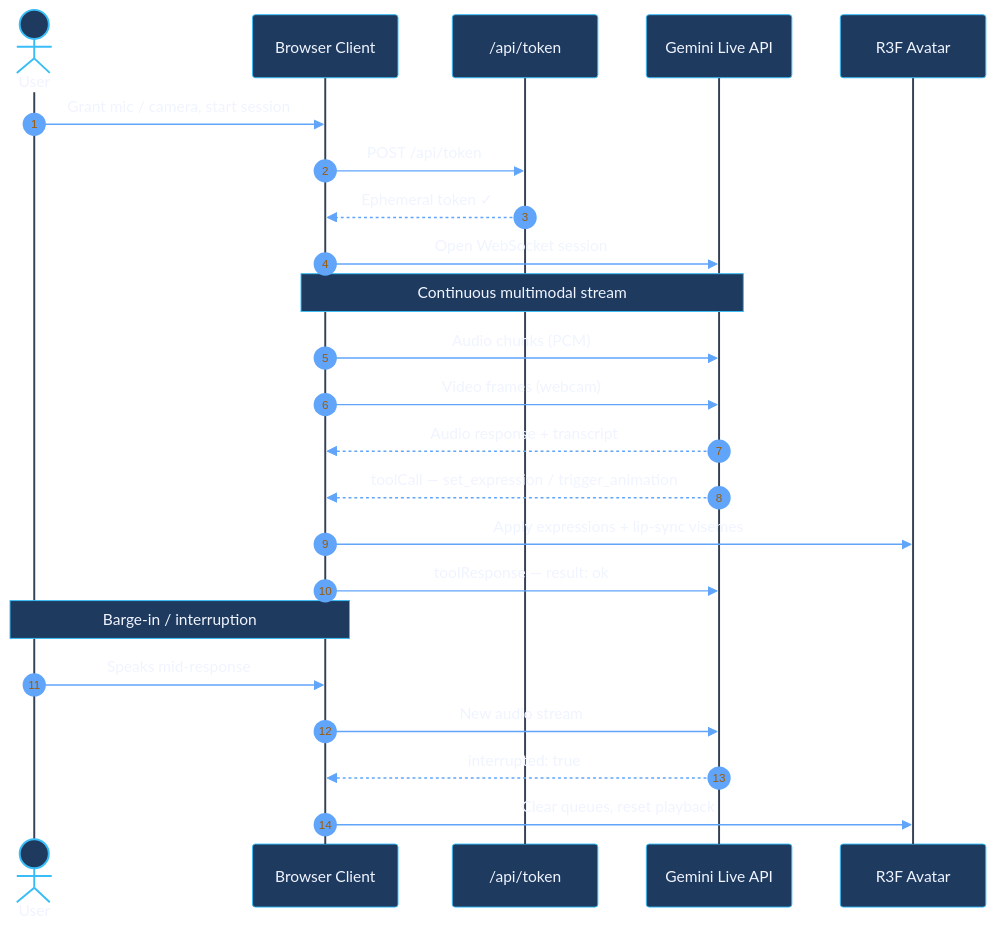
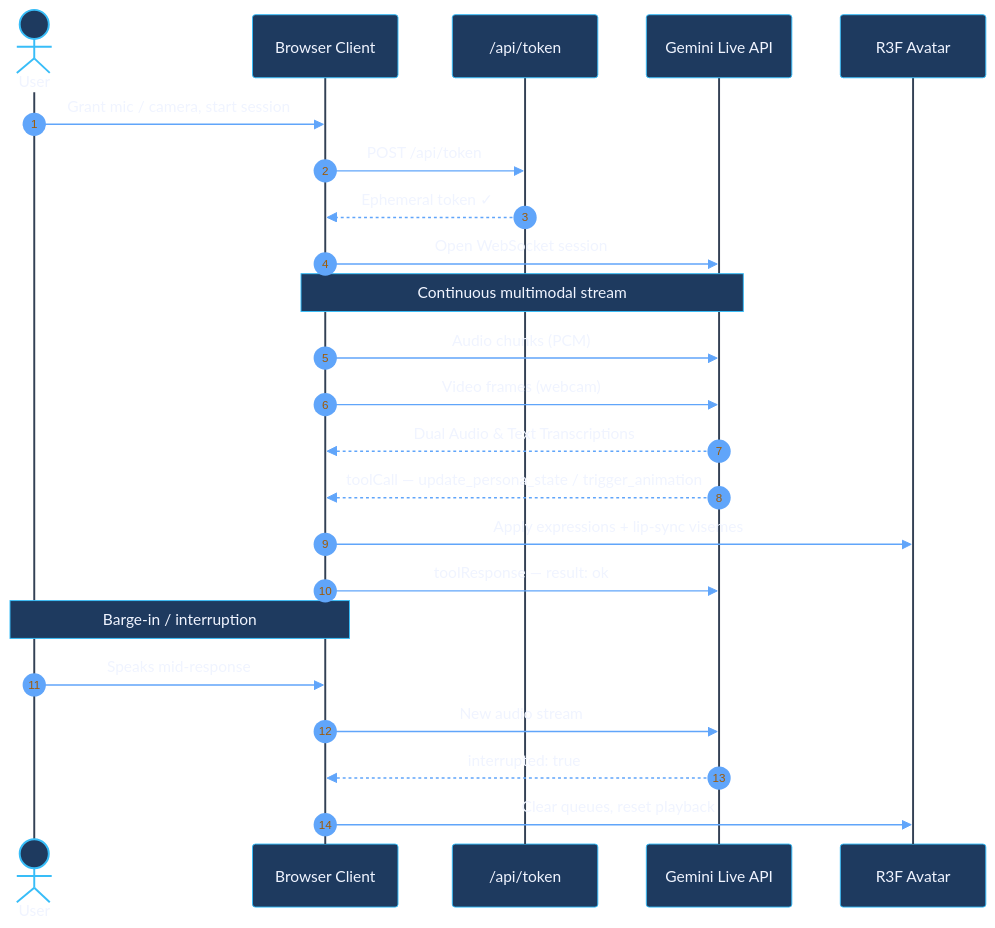
Before and after one commit to Kshitijm7/digital-persona: the second of 2 diagrams in docs/architecture.md, drawn with Mermaid. The commit also changed other lines of this file and 3 other files, not shown here.

````diff
--- a/docs/architecture.md
+++ b/docs/architecture.md
@@ -47,32 +47,32 @@
 ```mermaid
 %%{init: { 'theme': 'base', 'look': 'default', 'themeVariables': { 'primaryColor': '#1e3a5f', 'primaryTextColor': '#f0f4ff', 'primaryBorderColor': '#38bdf8', 'lineColor': '#60a5fa', 'secondaryColor': '#0f2744', 'background': '#0c1a2e', 'fontFamily': 'Inter, system-ui, sans-serif', 'actorBkg': '#1e3a5f', 'actorBorder': '#38bdf8', 'actorTextColor': '#f0f4ff', 'actorLineColor': '#334155', 'signalColor': '#60a5fa', 'signalTextColor': '#f0f4ff', 'labelBoxBkgColor': '#0f2744',  'labelBoxBorderColor': '#334155', 'labelTextColor': '#93c5fd', 'loopTextColor': '#93c5fd', 'noteBorderColor': '#38bdf8', 'noteBkgColor': '#1e3a5f', 'noteTextColor': '#f0f4ff', 'activationBorderColor': '#38bdf8', 'activationBkgColor': '#0f2744' } } }%%
 sequenceDiagram
     autonumber
     actor User
     participant Client as Browser Client
     participant API as /api/token
     participant Gemini as Gemini Live API
     participant Avatar as R3F Avatar
 
     User->>Client: Grant mic / camera, start session
     Client->>API: POST /api/token
     API-->>Client: Ephemeral token ✓
 
     Client->>Gemini: Open WebSocket session
 
     Note over Client,Gemini: Continuous multimodal stream
     Client->>Gemini: Audio chunks (PCM)
     Client->>Gemini: Video frames (webcam)
 
-    Gemini-->>Client: Audio response + transcript
-    Gemini-->>Client: toolCall — set_expression / trigger_animation
+    Gemini-->>Client: Dual Audio & Text Transcriptions
+    Gemini-->>Client: toolCall — update_persona_state / trigger_animation
 
     Client->>Avatar: Apply expressions + lip-sync visemes
     Client->>Gemini: toolResponse — result: ok
 
     Note over User,Client: Barge-in / interruption
     User->>Client: Speaks mid-response
     Client->>Gemini: New audio stream
     Gemini-->>Client: interrupted: true
     Client->>Avatar: Clear queues, reset playback
 ```
````
